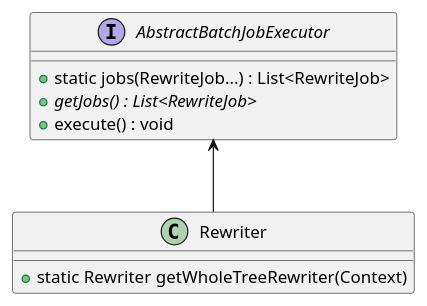
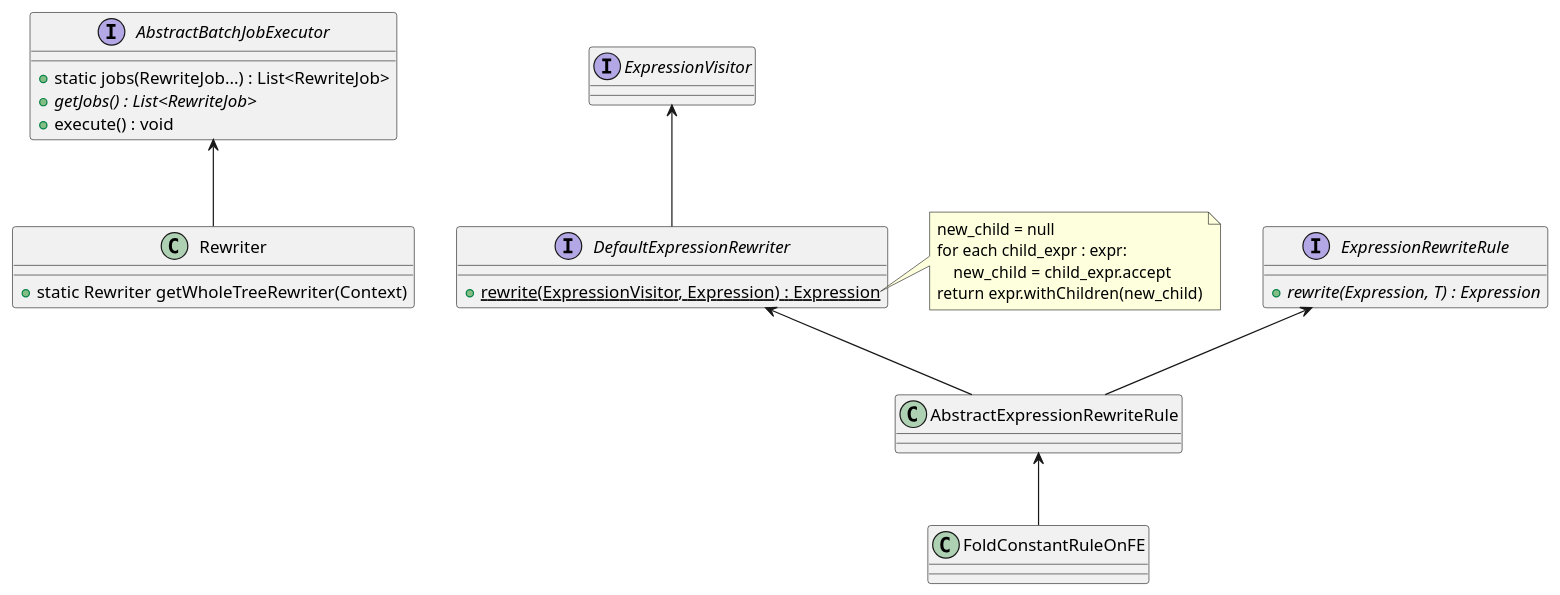
Before and after one commit to zhiqiang-hhhh/zhiqiang-hhhh.github.io: the second of 3 diagrams in pre_post/Doris/planner.md, drawn with PlantUML. The commit also changed other lines of this file and 1 other file, not shown here.

````diff
--- a/pre_post/Doris/planner.md
+++ b/pre_post/Doris/planner.md
@@ -14,13 +70,32 @@
 ```plantuml
+FoldConstantRuleOnFE -up-> AbstractExpressionRewriteRule
+AbstractExpressionRewriteRule -up-> DefaultExpressionRewriter
+AbstractExpressionRewriteRule -up-> ExpressionRewriteRule
+DefaultExpressionRewriter -up-> ExpressionVisitor
+interface ExpressionVisitor
+
+interface DefaultExpressionRewriter {
+    + {static} rewrite(ExpressionVisitor, Expression) : Expression
+}
+note right of DefaultExpressionRewriter::"rewrite(ExpressionVisitor, Expression)"
+new_child = null
+for each child_expr : expr:
+    new_child = child_expr.accept
+return expr.withChildren(new_child)
+end note
+interface ExpressionRewriteRule {
+    + {abstract} rewrite(Expression, T) : Expression
+}
+
 Rewriter -up-> AbstractBatchJobExecutor
 
 interface AbstractBatchJobExecutor {
     + static jobs(RewriteJob...) : List<RewriteJob>
     + {abstract} getJobs() : List<RewriteJob>
     + execute() : void
 }
 
 class Rewriter {
     + static Rewriter getWholeTreeRewriter(Context)
 }
 ```
````
